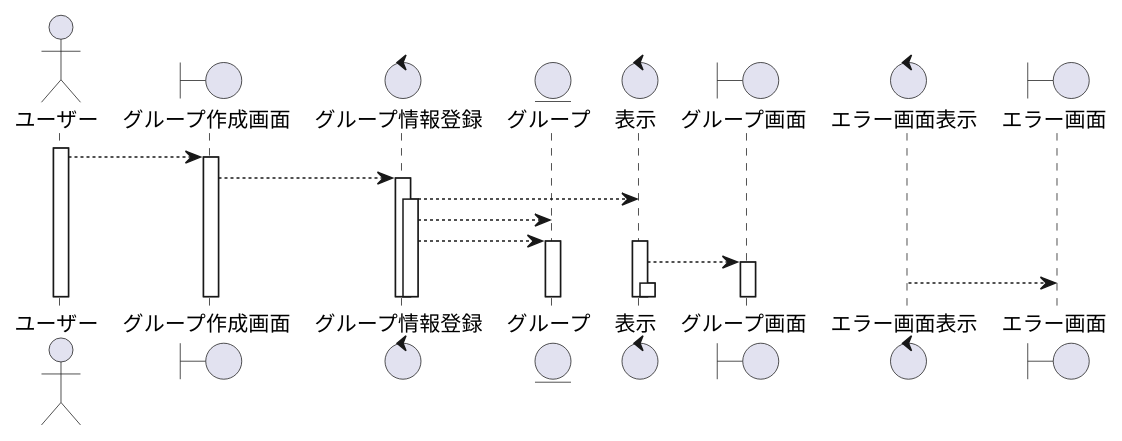
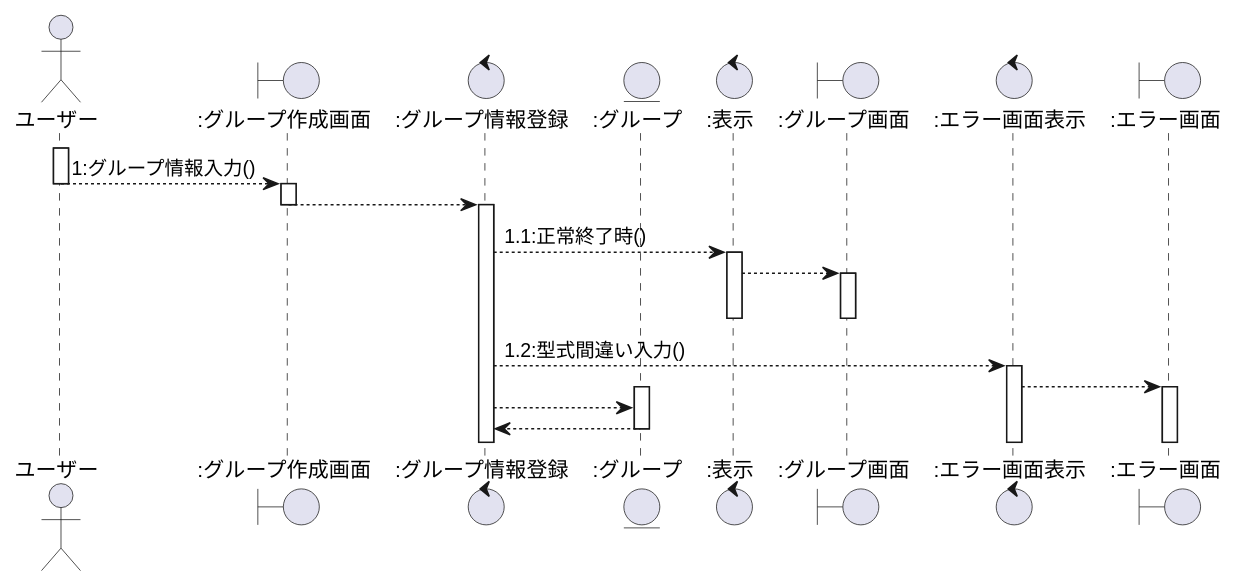
Before and after one commit to ksw2270227/GroupF: the first of 5 diagrams in user2_sequence.plantuml, drawn with PlantUML. The commit also changed other lines of this file and 1 other file, not shown here.

```diff
--- a/user2_sequence.plantuml
+++ b/user2_sequence.plantuml
@@ -1,26 +1,32 @@
 @startuml グループ作成シーケンス図
-actor ユーザー
-boundary "グループ作成画面"
-control "グループ情報登録"
-entity "グループ"
-control "表示"
-boundary "グループ画面"
-control "エラー画面表示"
-boundary "エラー画面"
+actor ユーザー as 0
+boundary ":グループ作成画面" as a
+control ":グループ情報登録" as b
+entity ":グループ" as c
+control ":表示" as d
+boundary ":グループ画面" as e
+control ":エラー画面表示" as f
+boundary ":エラー画面" as g
 
-activate ユーザー
-    ユーザー --> グループ作成画面
-    activate グループ作成画面
-    グループ作成画面 --> グループ情報登録
-    activate グループ情報登録
-    グループ情報登録 --> 表示
-    activate グループ情報登録
-    グループ情報登録 --> グループ
-    グループ <-- グループ情報登録
-    activate グループ
-    activate 表示
-    表示 --> グループ画面
-    activate グループ画面
-    エラー画面表示 --> エラー画面
-    activate 表示
+activate 0
+    0 --> a:1:グループ情報入力()
+    deactivate 0
+    activate a
+    a --> b
+    deactivate a
+    activate b
+    b --> d:1.1:正常終了時()
+    activate d
+    d --> e
+    activate e
+    deactivate e
+    deactivate d
+    b --> f:1.2:型式間違い入力()
+    activate f
+    f --> g
+    activate g
+    activate c
+    b --> c
+    c --> b
+    deactivate c
 @enduml
```
